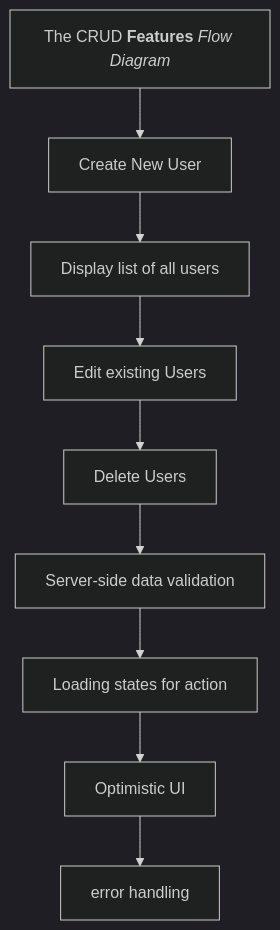
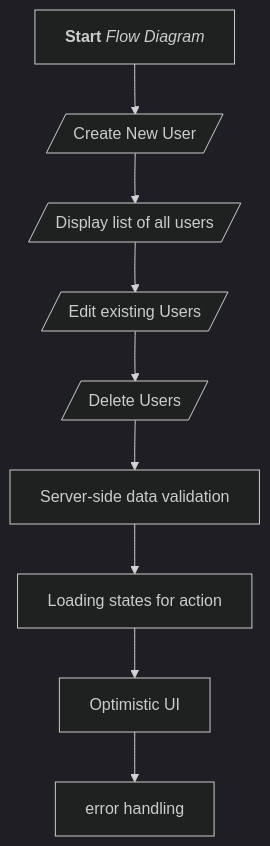
One commit to Desmond-netw/user-manaement changed the diagram in README.md. Above: the diagram before and after it, drawn with Mermaid (dark theme).

Commit message:
Change mermaid shape in readme

````diff
--- a/README.md
+++ b/README.md
@@ -8,18 +8,18 @@
 ```mermaid
 
 %%{init: {"flowchart": {"htmlLabels": false}} }%%
 flowchart TD
-    markdown["`The CRUD **Features** _Flow Diagram_`"]
-    newLine1["`Create New User`"]
-    newLine2["`Display list of all users`"]
-    newLine3["`Edit existing Users`"]
-    newLine4["`Delete Users`"]
+    markdown["` **Start** _Flow Diagram_`"]
+    newLine1[/Create New User/]
+    newLine2[/Display list of all users/]
+    newLine3[/Edit existing Users/]
+    newLine4[/Delete Users/]
     newLine5["`Server-side data validation`"]
     newLine6["`Loading states for action`"]
     newLine7["`Optimistic UI`"]
     newLine8["`error handling`"]
     
     markdown --> newLine1--> newLine2 --> newLine3 --> newLine4 --> newLine5 --> newLine6 --> newLine7 --> newLine8
 
 
 ```
````
